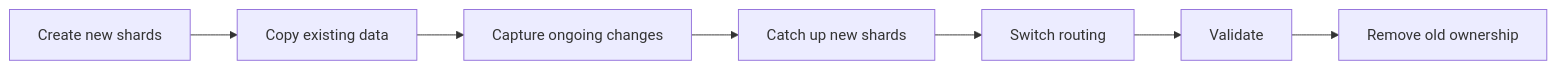
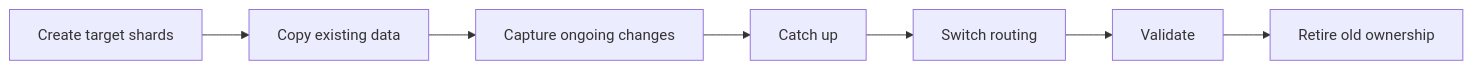
Before and after one commit to AvadhBhalodiya/Interview-Preparation: the tenth of 12 diagrams in src/content/databases/replication-sharding-partitioning.md, drawn with Mermaid. The commit also changed other lines of this file and 80 other files, not shown here.

````diff
--- a/src/content/databases/replication-sharding-partitioning.md
+++ b/src/content/databases/replication-sharding-partitioning.md
@@ -1156,9 +784,9 @@
 ```mermaid
 flowchart LR
-    A[Create new shards] --> B[Copy existing data]
+    A[Create target shards] --> B[Copy existing data]
     B --> C[Capture ongoing changes]
-    C --> D[Catch up new shards]
+    C --> D[Catch up]
     D --> E[Switch routing]
     E --> F[Validate]
-    F --> G[Remove old ownership]
+    F --> G[Retire old ownership]
 ```
````
